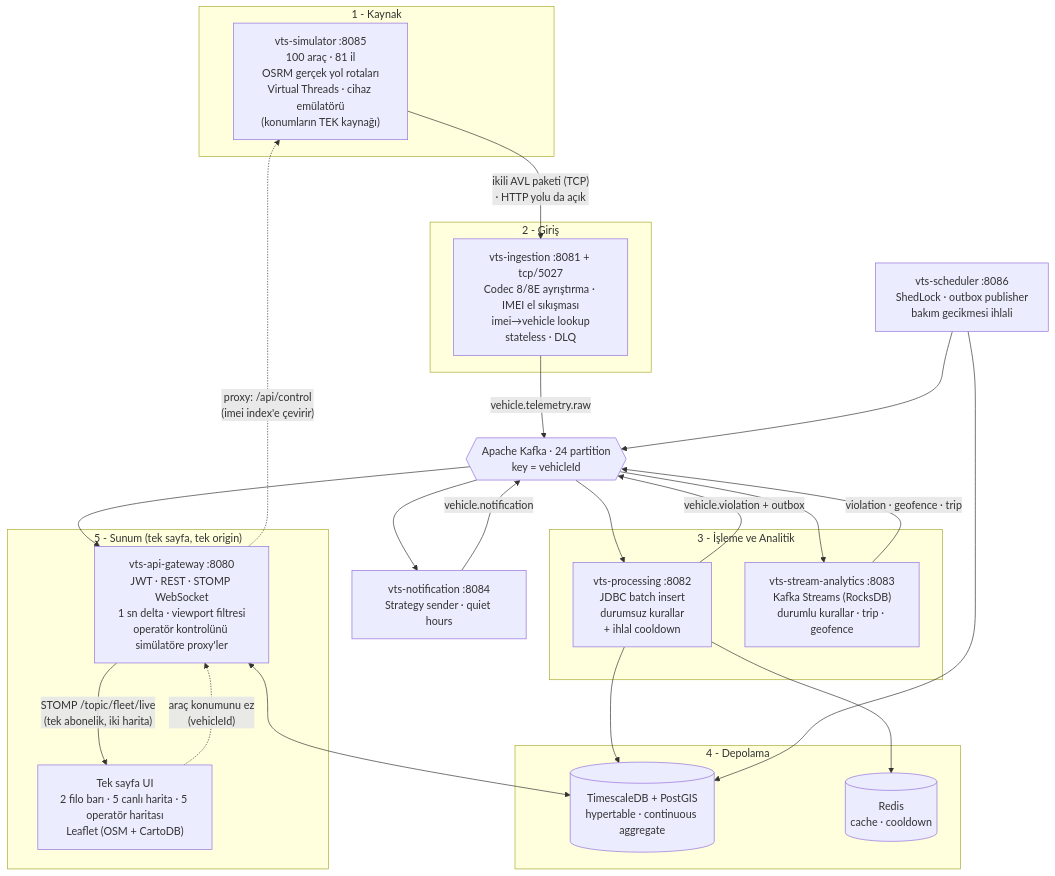
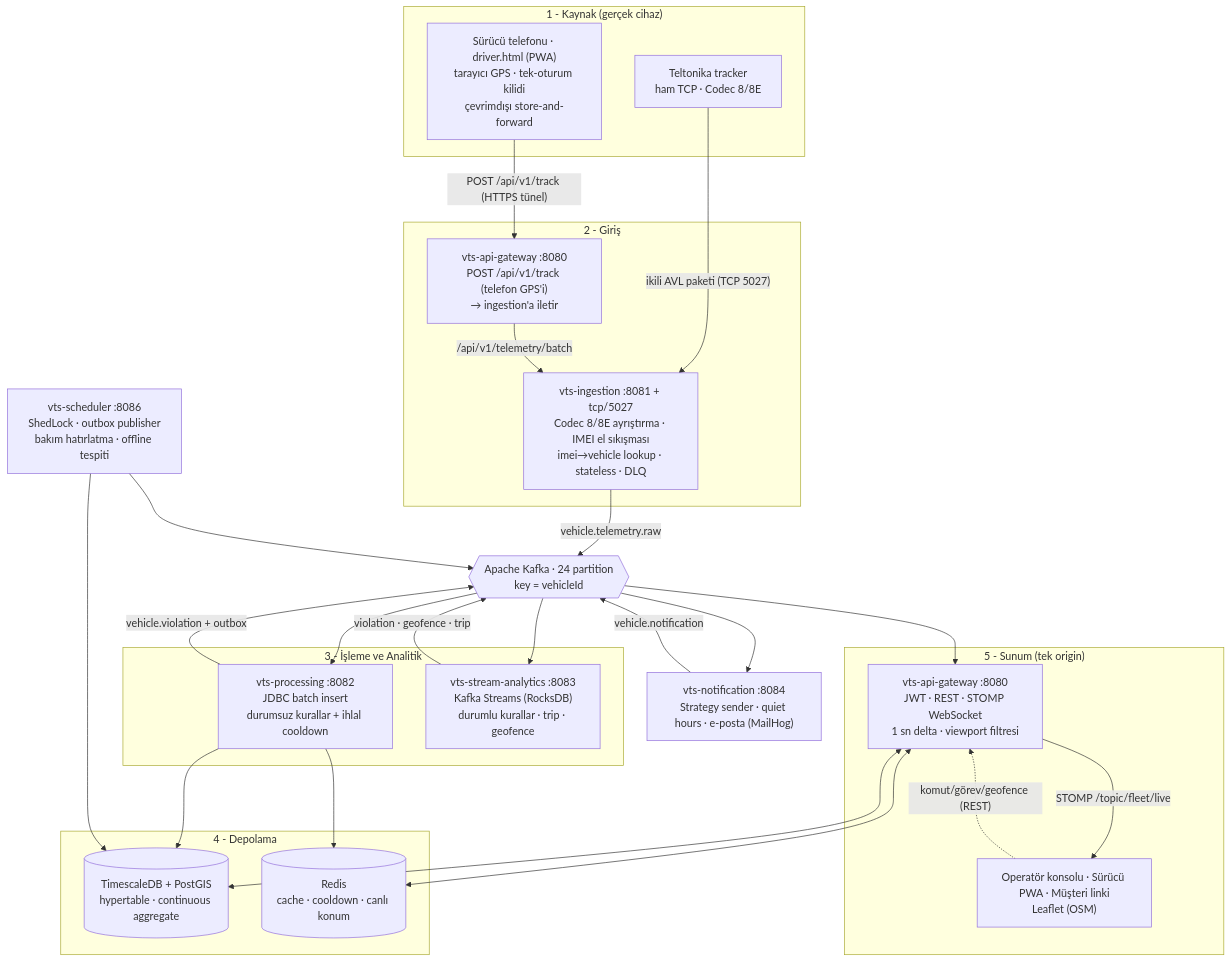
Before and after one commit to AllenVB/Vehicle-Tracking-Simulation: the diagram in README.md, drawn with Mermaid. The commit also changed other lines of this file, not shown here.

First line of the commit message:
docs: README'yi mevcut sisteme göre yeniden yaz (telefon-GPS + yeni özellikler)

````diff
--- a/README.md
+++ b/README.md
@@ -35,48 +38,52 @@
 ```mermaid
 flowchart TB
-    subgraph KAYNAK["1 - Kaynak"]
-        SIM["vts-simulator :8085<br/>100 araç · 81 il<br/>OSRM gerçek yol rotaları<br/>Virtual Threads · cihaz emülatörü<br/>(konumların TEK kaynağı)"]
+    subgraph KAYNAK["1 - Kaynak (gerçek cihaz)"]
+        PHONE["Sürücü telefonu · driver.html (PWA)<br/>tarayıcı GPS · tek-oturum kilidi<br/>çevrimdışı store-and-forward"]
+        HW["Teltonika tracker<br/>ham TCP · Codec 8/8E"]
     end
 
     subgraph GIRIS["2 - Giriş"]
-        ING["vts-ingestion :8081 + tcp/5027<br/>Codec 8/8E ayrıştırma · IMEI el sıkışması<br/>imei→vehicle lookup<br/>stateless · DLQ"]
+        GWIN["vts-api-gateway :8080<br/>POST /api/v1/track (telefon GPS'i)<br/>→ ingestion'a iletir"]
+        ING["vts-ingestion :8081 + tcp/5027<br/>Codec 8/8E ayrıştırma · IMEI el sıkışması<br/>imei→vehicle lookup · stateless · DLQ"]
     end
 
     K{{"Apache Kafka · 24 partition<br/>key = vehicleId"}}
 
     subgraph ISLEME["3 - İşleme ve Analitik"]
-        PROC["vts-processing :8082<br/>JDBC batch insert<br/>durumsuz kurallar<br/>+ ihlal cooldown"]
+        PROC["vts-processing :8082<br/>JDBC batch insert<br/>durumsuz kurallar + ihlal cooldown"]
         STR["vts-stream-analytics :8083<br/>Kafka Streams (RocksDB)<br/>durumlu kurallar · trip · geofence"]
     end
 
     subgraph DEPO["4 - Depolama"]
         TS[("TimescaleDB + PostGIS<br/>hypertable · continuous aggregate")]
-        RD[("Redis<br/>cache · cooldown")]
+        RD[("Redis<br/>cache · cooldown · canlı konum")]
     end
 
-    NOT["vts-notification :8084<br/>Strategy sender · quiet hours"]
-    SCH["vts-scheduler :8086<br/>ShedLock · outbox publisher<br/>bakım gecikmesi ihlali"]
+    NOT["vts-notification :8084<br/>Strategy sender · quiet hours · e-posta (MailHog)"]
+    SCH["vts-scheduler :8086<br/>ShedLock · outbox publisher<br/>bakım hatırlatma · offline tespiti"]
 
-    subgraph SUNUM["5 - Sunum (tek sayfa, tek origin)"]
-        GW["vts-api-gateway :8080<br/>JWT · REST · STOMP WebSocket<br/>1 sn delta · viewport filtresi<br/>operatör kontrolünü simülatöre proxy'ler"]
-        UI["Tek sayfa UI<br/>2 filo barı · 5 canlı harita · 5 operatör haritası<br/>Leaflet (OSM + CartoDB)"]
+    subgraph SUNUM["5 - Sunum (tek origin)"]
+        GW["vts-api-gateway :8080<br/>JWT · REST · STOMP WebSocket<br/>1 sn delta · viewport filtresi"]
+        UI["Operatör konsolu · Sürücü PWA · Müşteri linki<br/>Leaflet (OSM)"]
     end
 
-    UI -.->|"araç konumunu ez<br/>(vehicleId)"| GW
-    GW -.->|"proxy: /api/control<br/>(imei index'e çevirir)"| SIM
-    SIM -->|"ikili AVL paketi (TCP)<br/>· HTTP yolu da açık"| ING
+    PHONE -->|"POST /api/v1/track (HTTPS tünel)"| GWIN
+    HW -->|"ikili AVL paketi (TCP 5027)"| ING
+    GWIN -->|"/api/v1/telemetry/batch"| ING
     ING -->|"vehicle.telemetry.raw"| K
     K --> PROC
     K --> STR
     PROC --> TS
     PROC --> RD
     PROC -->|"vehicle.violation + outbox"| K
     STR -->|"violation · geofence · trip"| K
     K --> NOT
     NOT -->|"vehicle.notification"| K
     K --> GW
     GW <--> TS
+    GW <--> RD
     SCH --> TS
     SCH --> K
-    GW -->|"STOMP /topic/fleet/live<br/>(tek abonelik, iki harita)"| UI
+    GW -->|"STOMP /topic/fleet/live"| UI
+    UI -.->|"komut/görev/geofence (REST)"| GW
 ```
````
